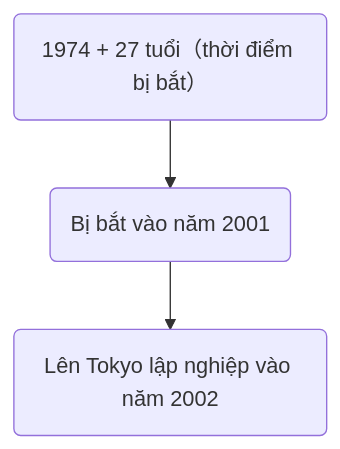
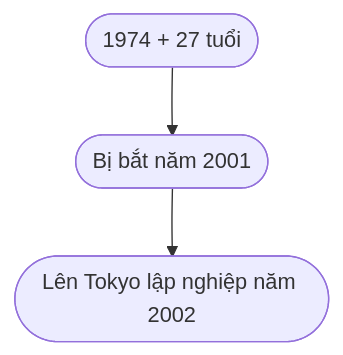
One commit to 0ji54n/kiji changed the second of 4 diagrams in content/Họ đã làm gì vào ngày đó ？/Phần 4.md. Above: the diagram before and after it, drawn with Mermaid. The commit also changed other lines of this file, not shown here.

````diff
--- a/content/Họ đã làm gì vào ngày đó ？/Phần 4.md
+++ b/content/Họ đã làm gì vào ngày đó ？/Phần 4.md
@@ -45,4 +45,4 @@
 ```mermaid
 flowchart TD
-    a(1974 + 27 tuổi（thời điểm bị bắt）) --> b(Bị bắt vào năm 2001) --> c(Lên Tokyo lập nghiệp vào năm 2002)
+    a([1974 + 27 tuổi]) --> b([Bị bắt năm 2001]) --> c([Lên Tokyo lập nghiệp năm 2002])
 ```
````
